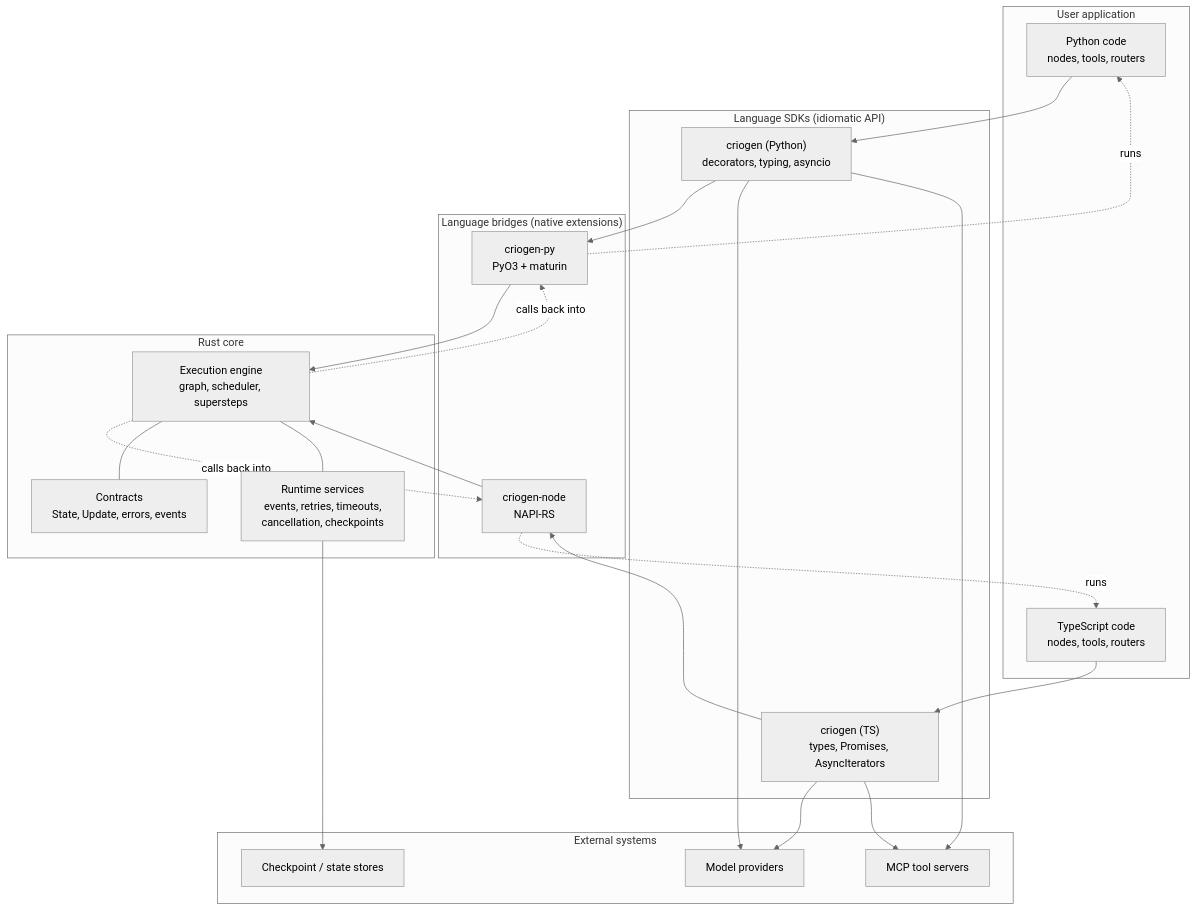
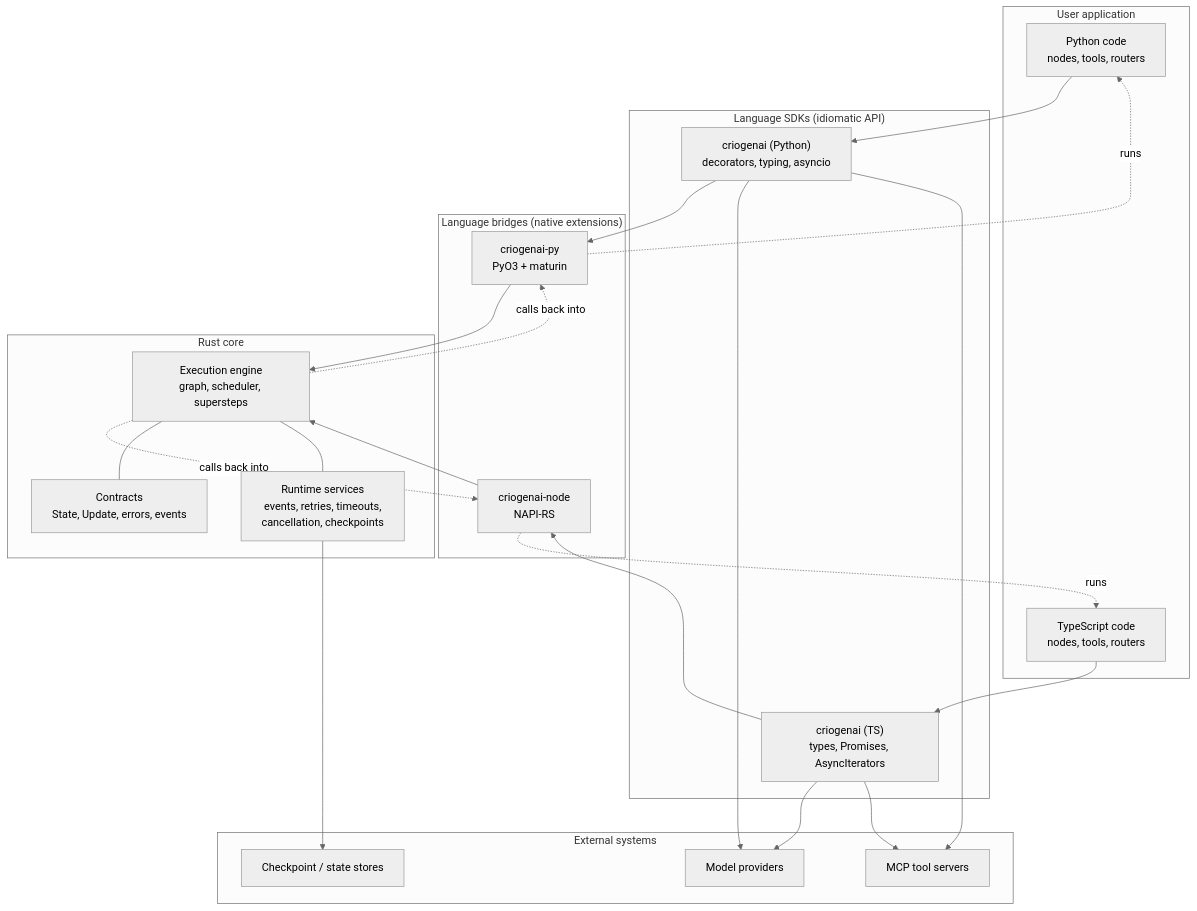
One commit to VARMAMASTER/criogenai changed the first of 10 diagrams in docs/architecture.md. Above: the diagram before and after it, drawn with Mermaid (neutral theme). The commit also changed other lines of this file and 805 other files, not shown here.

````diff
--- a/docs/architecture.md
+++ b/docs/architecture.md
@@ -19,41 +19,41 @@
 ```mermaid
 flowchart TB
     subgraph User["User application"]
         PY["Python code<br/>nodes, tools, routers"]
         TS["TypeScript code<br/>nodes, tools, routers"]
     end
 
     subgraph SDKs["Language SDKs (idiomatic API)"]
-        PYSDK["criogen (Python)<br/>decorators, typing, asyncio"]
-        TSSDK["criogen (TS)<br/>types, Promises, AsyncIterators"]
+        PYSDK["criogenai (Python)<br/>decorators, typing, asyncio"]
+        TSSDK["criogenai (TS)<br/>types, Promises, AsyncIterators"]
     end
 
     subgraph Bridges["Language bridges (native extensions)"]
-        PYB["criogen-py<br/>PyO3 + maturin"]
-        TSB["criogen-node<br/>NAPI-RS"]
+        PYB["criogenai-py<br/>PyO3 + maturin"]
+        TSB["criogenai-node<br/>NAPI-RS"]
     end
 
     subgraph Core["Rust core"]
         ENGINE["Execution engine<br/>graph, scheduler, supersteps"]
         CONTRACTS["Contracts<br/>State, Update, errors, events"]
         SERVICES["Runtime services<br/>events, retries, timeouts,<br/>cancellation, checkpoints"]
     end
 
     subgraph External["External systems"]
         LLM["Model providers"]
         STORE["Checkpoint / state stores"]
         MCP["MCP tool servers"]
     end
 
     PY --> PYSDK --> PYB --> ENGINE
     TS --> TSSDK --> TSB --> ENGINE
     ENGINE -. calls back into .-> PYB -. runs .-> PY
     ENGINE -. calls back into .-> TSB -. runs .-> TS
     ENGINE --- CONTRACTS
     ENGINE --- SERVICES
     SERVICES --> STORE
     PYSDK --> LLM
     TSSDK --> LLM
     PYSDK --> MCP
     TSSDK --> MCP
 ```
````
